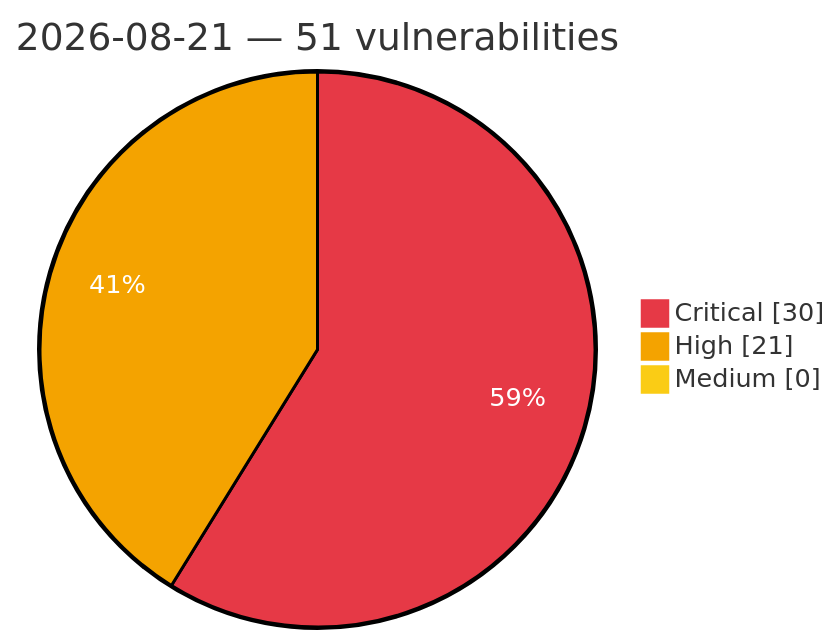
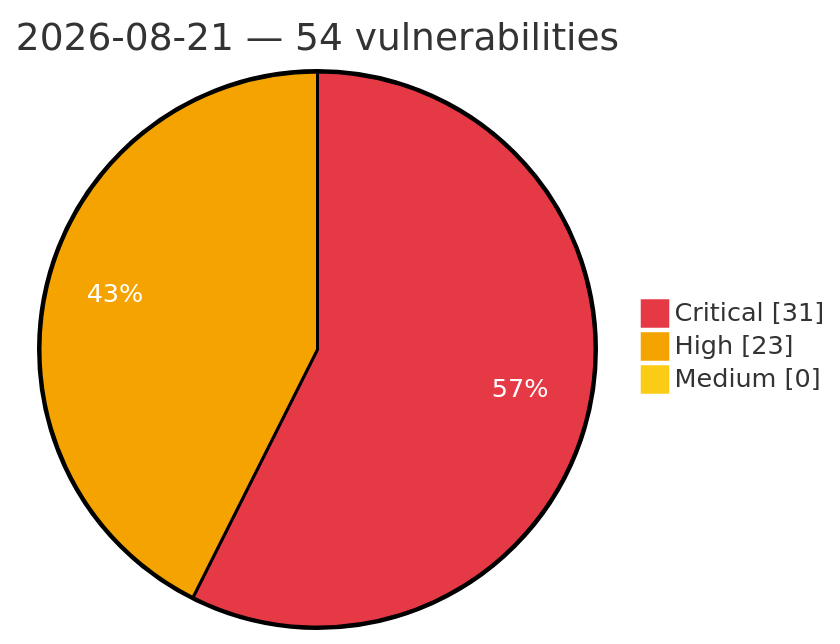
One commit to GhostX0X/vuln-tracker changed the diagram in vulnerabilities/2026/August/2026-08-21.md. Above: the diagram before and after it, drawn with Mermaid. The commit also changed other lines of this file and 5 other files, not shown here.

Commit message:
Auto update: critical/high vulns (2026-08-21 19:31 UTC)

````diff
--- a/vulnerabilities/2026/August/2026-08-21.md
+++ b/vulnerabilities/2026/August/2026-08-21.md
@@ -3,8 +3,8 @@
 ```mermaid
 %%{init: {'theme':'base', 'themeVariables': {'pie1':'#e63946', 'pie2':'#f4a300', 'pie3':'#facc15', 'pieOpacity':'1', 'pieOuterStrokeWidth':'2px', 'pieSectionTextColor':'#ffffff'}}}%%
 pie showData
-    title 2026-08-21 — 51 vulnerabilities
-    "Critical" : 30
-    "High" : 21
+    title 2026-08-21 — 54 vulnerabilities
+    "Critical" : 31
+    "High" : 23
     "Medium" : 0
 ```
````
